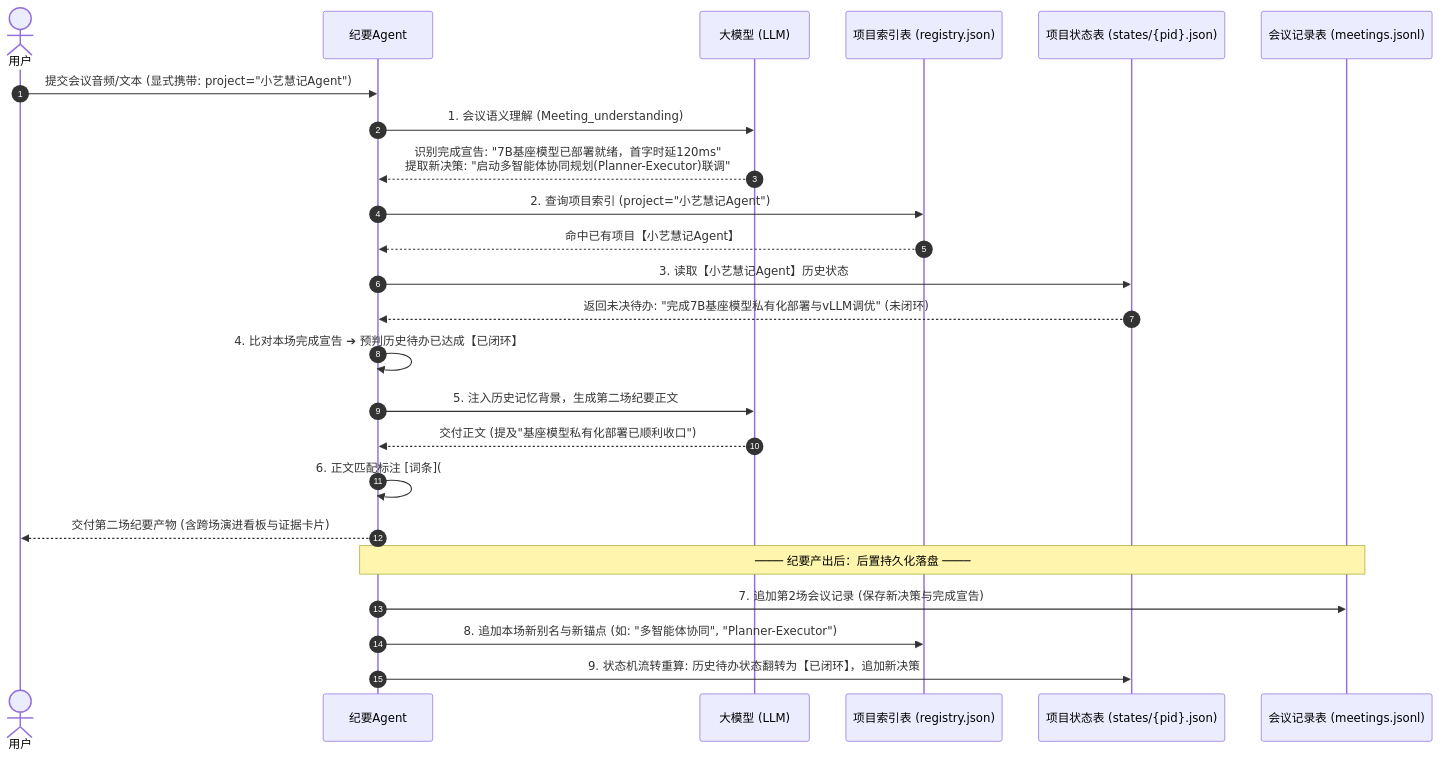
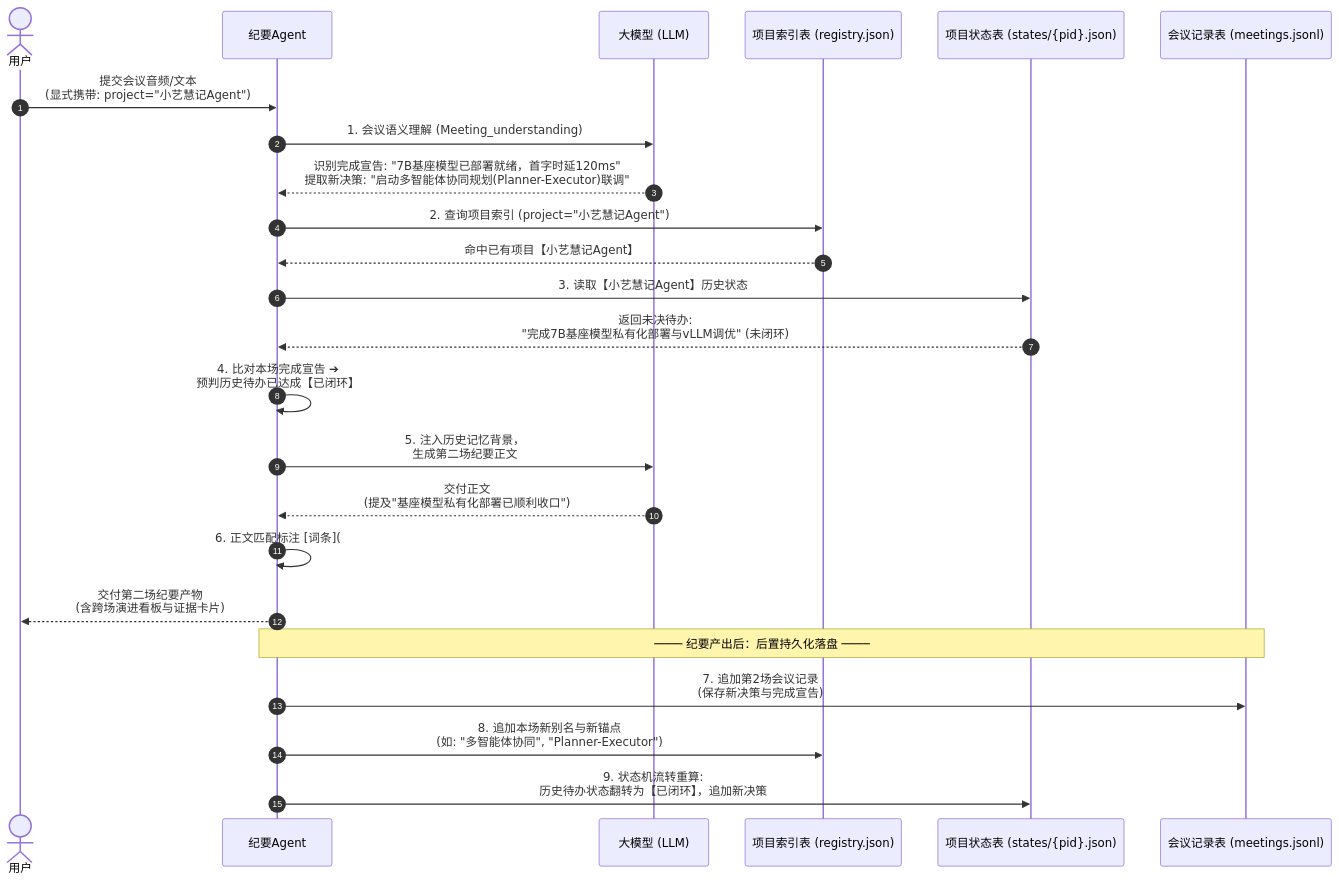
Before and after one commit to ohhhhh-hyf/AgentFlow: the second of 3 diagrams in MEMORY_EXECUTION_FLOW_UML.md, drawn with Mermaid. The commit also changed other lines of this file and 1 other file, not shown here.

````diff
--- a/MEMORY_EXECUTION_FLOW_UML.md
+++ b/MEMORY_EXECUTION_FLOW_UML.md
@@ -65,31 +65,31 @@
 ```mermaid
 sequenceDiagram
     autonumber
     actor User as 用户
     participant Agent as 纪要Agent
     participant LLM as 大模型 (LLM)
     participant Registry as 项目索引表 (registry.json)
     participant State as 项目状态表 (states/{pid}.json)
     participant Meetings as 会议记录表 (meetings.jsonl)
 
-    User->>Agent: 提交会议音频/文本 (显式携带: project="小艺慧记Agent")
+    User->>Agent: 提交会议音频/文本<br/>(显式携带: project="小艺慧记Agent")
     Agent->>LLM: 1. 会议语义理解 (Meeting_understanding)
     LLM-->>Agent: 识别完成宣告: "7B基座模型已部署就绪，首字时延120ms"<br/>提取新决策: "启动多智能体协同规划(Planner-Executor)联调"
 
     Agent->>Registry: 2. 查询项目索引 (project="小艺慧记Agent")
     Registry-->>Agent: 命中已有项目【小艺慧记Agent】
     Agent->>State: 3. 读取【小艺慧记Agent】历史状态
-    State-->>Agent: 返回未决待办: "完成7B基座模型私有化部署与vLLM调优" (未闭环)
+    State-->>Agent: 返回未决待办:<br/>"完成7B基座模型私有化部署与vLLM调优" (未闭环)
 
-    Agent->>Agent: 4. 比对本场完成宣告 ➔ 预判历史待办已达成【已闭环】
-    Agent->>LLM: 5. 注入历史记忆背景，生成第二场纪要正文
-    LLM-->>Agent: 交付正文 (提及"基座模型私有化部署已顺利收口")
+    Agent->>Agent: 4. 比对本场完成宣告 ➔<br/>预判历史待办已达成【已闭环】
+    Agent->>LLM: 5. 注入历史记忆背景，<br/>生成第二场纪要正文
+    LLM-->>Agent: 交付正文<br/>(提及"基座模型私有化部署已顺利收口")
 
-    Agent->>Agent: 6. 正文匹配标注 [词条](#source-1)，渲染 ## 状态演进 与 ## 记忆溯源
-    Agent-->>User: 交付第二场纪要产物 (含跨场演进看板与证据卡片)
+    Agent->>Agent: 6. 正文匹配标注 [词条](#source-1)，<br/>渲染 ## 状态演进 与 ## 记忆溯源
+    Agent-->>User: 交付第二场纪要产物<br/>(含跨场演进看板与证据卡片)
 
     Note over Agent, Meetings: ──── 纪要产出后：后置持久化落盘 ────
-    Agent->>Meetings: 7. 追加第2场会议记录 (保存新决策与完成宣告)
-    Agent->>Registry: 8. 追加本场新别名与新锚点 (如: "多智能体协同", "Planner-Executor")
-    Agent->>State: 9. 状态机流转重算: 历史待办状态翻转为【已闭环】，追加新决策
+    Agent->>Meetings: 7. 追加第2场会议记录<br/>(保存新决策与完成宣告)
+    Agent->>Registry: 8. 追加本场新别名与新锚点<br/>(如: "多智能体协同", "Planner-Executor")
+    Agent->>State: 9. 状态机流转重算:<br/>历史待办状态翻转为【已闭环】，追加新决策
 ```
````
